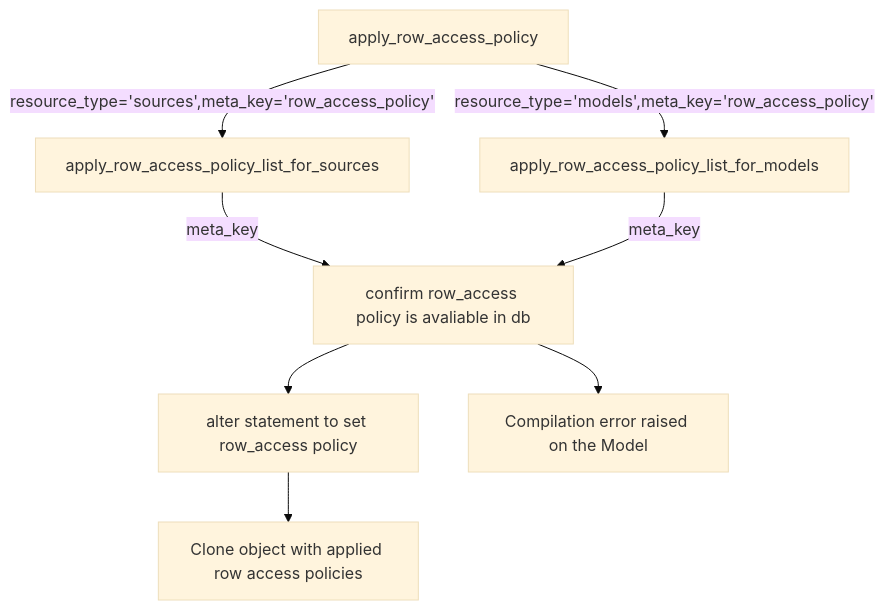
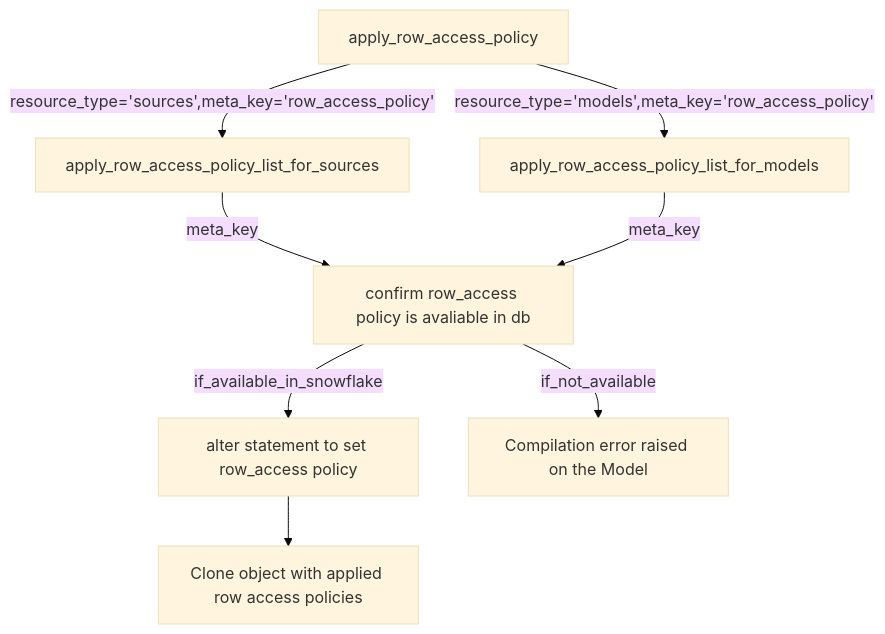
The second of 2 diagrams in README.md (KannannVelmurugiah/dbt_snowflake_policies), drawn with Mermaid (base theme) before and after one commit.

````diff
--- a/README.md
+++ b/README.md
@@ -244,10 +244,10 @@
 ```mermaid
 graph TD
     A[apply_row_access_policy] --> |resource_type='sources',meta_key='row_access_policy'| B[apply_row_access_policy_list_for_sources]
     A[apply_row_access_policy] --> |resource_type='models',meta_key='row_access_policy'| C[apply_row_access_policy_list_for_models]
     B --> |meta_key| D[confirm row_access policy is avaliable in db]
     C --> |meta_key| D[confirm row_access policy is avaliable in db]
-    D --> E[alter statement to set row_access policy]
-    D --> F[Compilation error raised on the Model]
+    D --> |if_available_in_snowflake| E[alter statement to set row_access policy]
+    D --> |if_not_available| F[Compilation error raised on the Model]
     E--> G[Clone object with applied row access policies]
 ```
````
